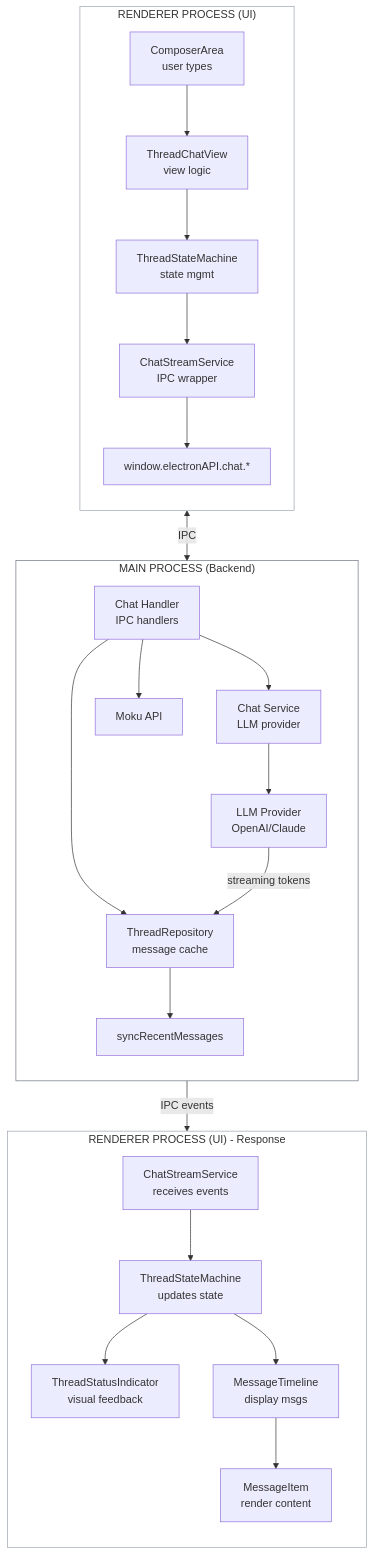
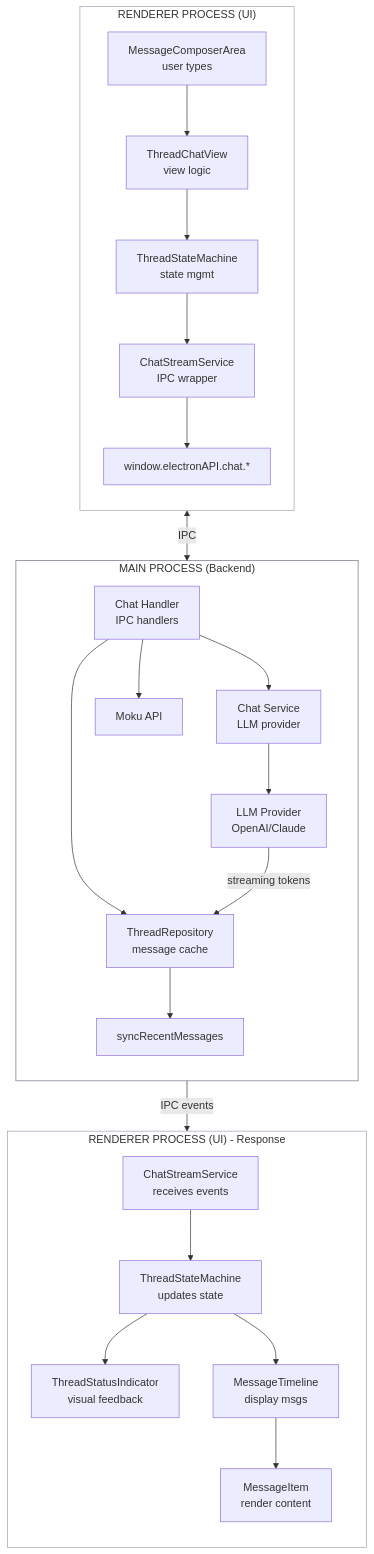
One commit to holok-ai/desktop_updates changed the diagram in ai/ui-threadpanel-overview.md. Above: the diagram before and after it, drawn with Mermaid. The commit also changed other lines of this file and 3 other files, not shown here.

````diff
--- a/ai/ui-threadpanel-overview.md
+++ b/ai/ui-threadpanel-overview.md
@@ -67,37 +67,37 @@
 ```mermaid
 flowchart TB
     subgraph RENDERER["RENDERER PROCESS (UI)"]
         direction TB
-        CA[ComposerArea<br/>user types] --> TCV[ThreadChatView<br/>view logic]
+        CA[MessageComposerArea<br/>user types] --> TCV[ThreadChatView<br/>view logic]
         TCV --> TSM[ThreadStateMachine<br/>state mgmt]
         TSM --> CSS[ChatStreamService<br/>IPC wrapper]
         CSS --> API["window.electronAPI.chat.*"]
     end
 
     API <-->|IPC| CH
 
     subgraph MAIN["MAIN PROCESS (Backend)"]
         direction TB
         CH[Chat Handler<br/>IPC handlers] --> TR[ThreadRepository<br/>message cache]
         CH --> CSvc[Chat Service<br/>LLM provider]
         CH --> MOKU[Moku API]
         CSvc --> LLM[LLM Provider<br/>OpenAI/Claude]
         LLM -->|streaming tokens| TR
         TR --> SYNC[syncRecentMessages]
     end
 
     SYNC -->|IPC events| CSS2
 
     subgraph RENDERER2["RENDERER PROCESS (UI) - Response"]
         direction TB
         CSS2[ChatStreamService<br/>receives events] --> TSM2[ThreadStateMachine<br/>updates state]
         TSM2 --> TSI[ThreadStatusIndicator<br/>visual feedback]
         TSM2 --> MT[MessageTimeline<br/>display msgs]
         MT --> MI[MessageItem<br/>render content]
     end
 
 style RENDERER fill:transparent,stroke:#9ca3af
 style MAIN fill:transparent,stroke:#6b7280
 style RENDERER2 fill:transparent,stroke:#9ca3af
    
 ```
````
